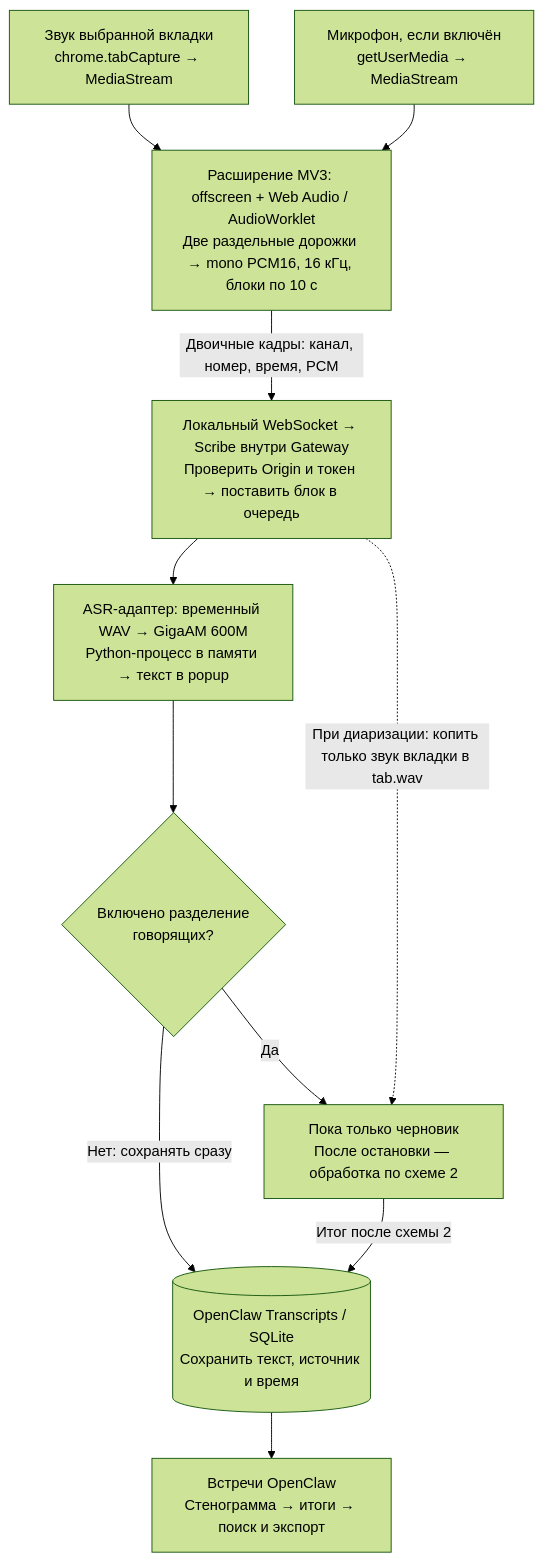
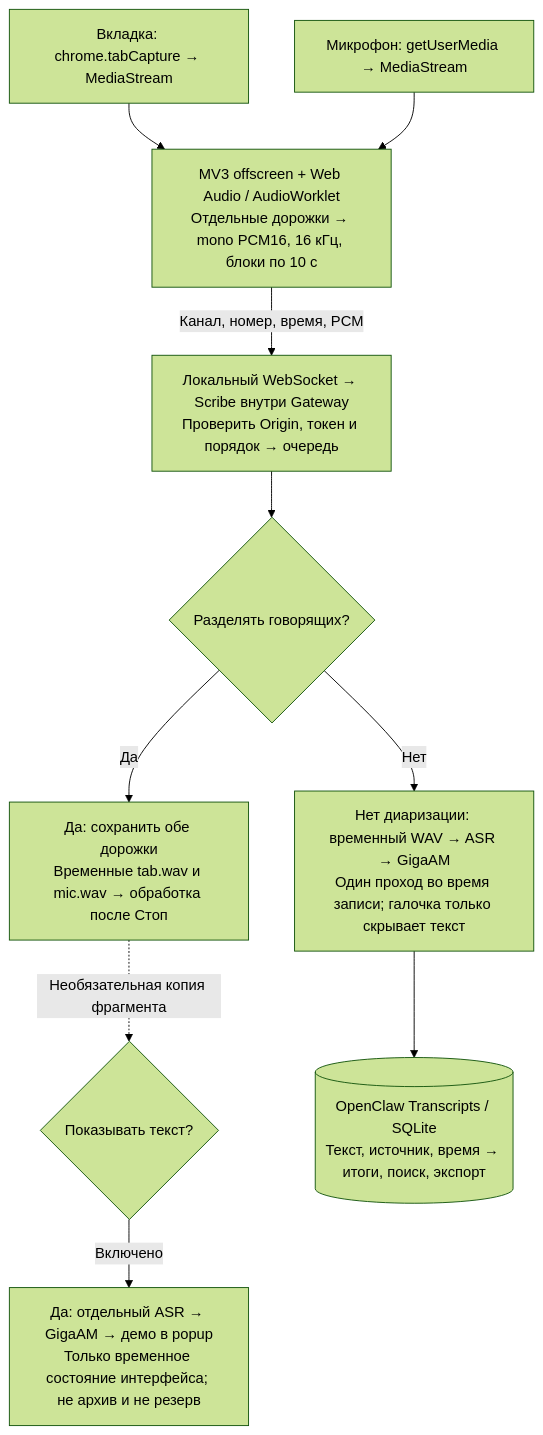
The first of 2 diagrams in docs/audio-flow.md (Efreh/openclaw-scribe), drawn with Mermaid (forest theme) before and after one commit. The commit also changed other lines of this file and 16 other files, not shown here.

````diff
--- a/docs/audio-flow.md
+++ b/docs/audio-flow.md
@@ -9,23 +9,22 @@
 ```mermaid
 flowchart TD
-    tab["Звук выбранной вкладки<br/>chrome.tabCapture → MediaStream"]
-    mic["Микрофон, если включён<br/>getUserMedia → MediaStream"]
-    browser["Расширение MV3: offscreen + Web Audio / AudioWorklet<br/>Две раздельные дорожки → mono PCM16, 16 кГц, блоки по 10 с"]
-    gateway["Локальный WebSocket → Scribe внутри Gateway<br/>Проверить Origin и токен → поставить блок в очередь"]
-    asr["ASR-адаптер: временный WAV → GigaAM 600M<br/>Python-процесс в памяти → текст в popup"]
-    mode{"Включено разделение<br/>говорящих?"}
-    later["Пока только черновик<br/>После остановки — обработка по схеме 2"]
-    archive[("OpenClaw Transcripts / SQLite<br/>Сохранить текст, источник и время")]
-    result["Встречи OpenClaw<br/>Стенограмма → итоги → поиск и экспорт"]
+    tab["Вкладка: chrome.tabCapture → MediaStream"]
+    mic["Микрофон: getUserMedia → MediaStream"]
+    browser["MV3 offscreen + Web Audio / AudioWorklet<br/>Отдельные дорожки → mono PCM16, 16 кГц, блоки по 10 с"]
+    gateway["Локальный WebSocket → Scribe внутри Gateway<br/>Проверить Origin, токен и порядок → очередь"]
+    mode{"Разделять говорящих?"}
+    archiveAudio["Да: сохранить обе дорожки<br/>Временные tab.wav и mic.wav → обработка после Стоп"]
+    preview{"Показывать текст?"}
+    demo["Да: отдельный ASR → GigaAM → демо в popup<br/>Только временное состояние интерфейса; не архив и не резерв"]
+    asr["Нет диаризации: временный WAV → ASR → GigaAM<br/>Один проход во время записи; галочка только скрывает текст"]
+    archive[("OpenClaw Transcripts / SQLite<br/>Текст, источник, время → итоги, поиск, экспорт")]
 
     tab --> browser
     mic --> browser
-    browser -->|"Двоичные кадры: канал, номер, время, PCM"| gateway
-    gateway --> asr
-    asr --> mode
-    mode -->|"Нет: сохранять сразу"| archive
-    mode -->|"Да"| later
-    gateway -.->|"При диаризации: копить только звук вкладки в tab.wav"| later
-    later -->|"Итог после схемы 2"| archive
-    archive --> result
+    browser -->|"Канал, номер, время, PCM"| gateway
+    gateway --> mode
+    mode -->|"Нет"| asr --> archive
+    mode -->|"Да"| archiveAudio
+    archiveAudio -.->|"Необязательная копия фрагмента"| preview
+    preview -->|"Включено"| demo
 ```
````
